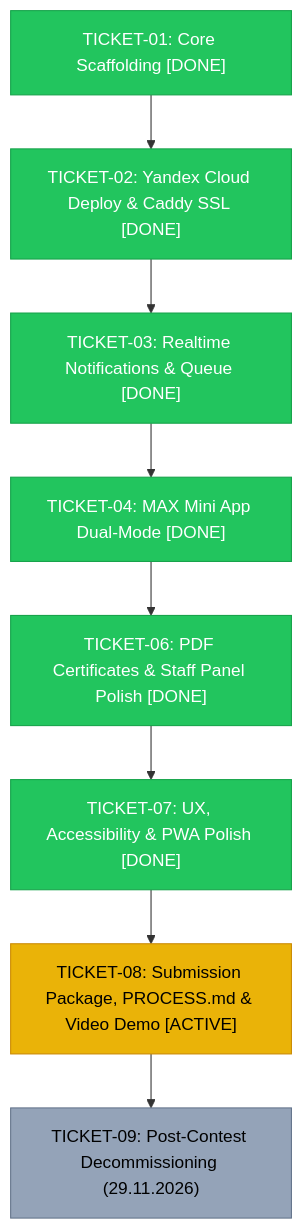
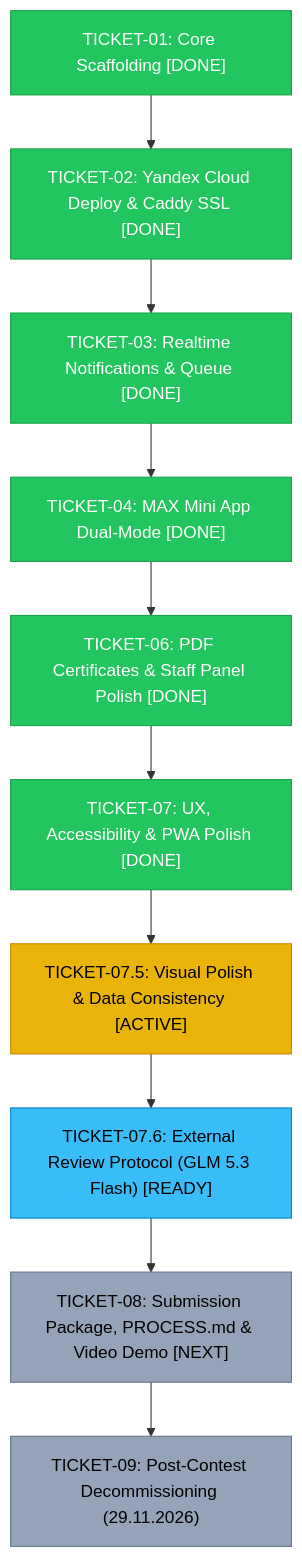
The diagram in docs/STATE.md (Nek1yZakhar/dekanat), drawn with Mermaid before and after one commit. The commit also changed other lines of this file and 15 other files, not shown here.

````diff
--- a/docs/STATE.md
+++ b/docs/STATE.md
@@ -67,19 +69,23 @@
 ```mermaid
 graph TD
     T01["TICKET-01: Core Scaffolding [DONE]"] --> T02["TICKET-02: Yandex Cloud Deploy & Caddy SSL [DONE]"]
     T02 --> T03["TICKET-03: Realtime Notifications & Queue [DONE]"]
     T03 --> T04["TICKET-04: MAX Mini App Dual-Mode [DONE]"]
     T04 --> T06["TICKET-06: PDF Certificates & Staff Panel Polish [DONE]"]
     T06 --> T07["TICKET-07: UX, Accessibility & PWA Polish [DONE]"]
-    T07 --> T08["TICKET-08: Submission Package, PROCESS.md & Video Demo [ACTIVE]"]
+    T07 --> T075["TICKET-07.5: Visual Polish & Data Consistency [ACTIVE]"]
+    T075 --> T076["TICKET-07.6: External Review Protocol (GLM 5.3 Flash) [READY]"]
+    T076 --> T08["TICKET-08: Submission Package, PROCESS.md & Video Demo [NEXT]"]
     T08 --> T09["TICKET-09: Post-Contest Decommissioning (29.11.2026)"]
 
     style T01 fill:#22c55e,stroke:#16a34a,color:#fff
     style T02 fill:#22c55e,stroke:#16a34a,color:#fff
     style T03 fill:#22c55e,stroke:#16a34a,color:#fff
     style T04 fill:#22c55e,stroke:#16a34a,color:#fff
     style T06 fill:#22c55e,stroke:#16a34a,color:#fff
     style T07 fill:#22c55e,stroke:#16a34a,color:#fff
-    style T08 fill:#eab308,stroke:#ca8a04,color:#000
+    style T075 fill:#eab308,stroke:#ca8a04,color:#000
+    style T076 fill:#38bdf8,stroke:#0284c7,color:#000
+    style T08 fill:#94a3b8,stroke:#64748b,color:#000
     style T09 fill:#94a3b8,stroke:#64748b,color:#000
 ```
````
